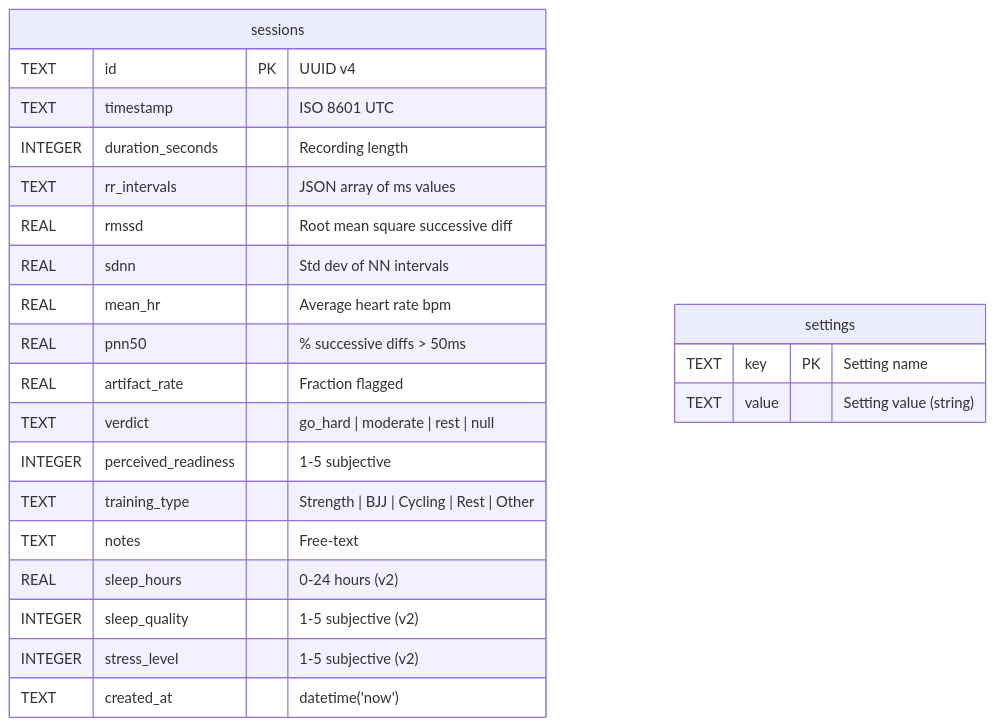
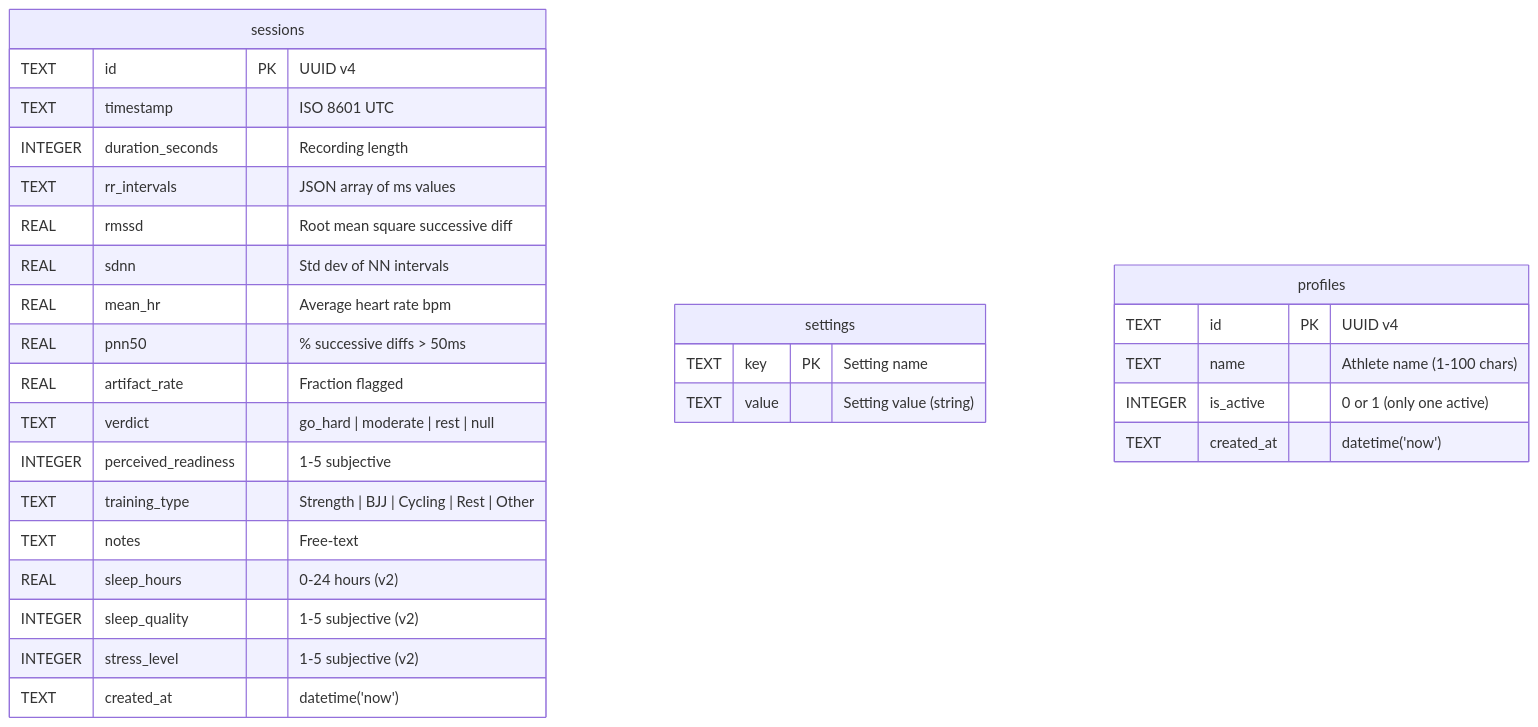
The fifth of 10 diagrams in docs/ARCHITECTURE.md (josedab/hrv-dashboard), drawn with Mermaid before and after one commit. The commit also changed other lines of this file and 56 other files, not shown here.

````diff
--- a/docs/ARCHITECTURE.md
+++ b/docs/ARCHITECTURE.md
@@ -191,27 +216,34 @@
 ```mermaid
 erDiagram
     sessions {
         TEXT id PK "UUID v4"
         TEXT timestamp "ISO 8601 UTC"
         INTEGER duration_seconds "Recording length"
         TEXT rr_intervals "JSON array of ms values"
         REAL rmssd "Root mean square successive diff"
         REAL sdnn "Std dev of NN intervals"
         REAL mean_hr "Average heart rate bpm"
         REAL pnn50 "% successive diffs > 50ms"
         REAL artifact_rate "Fraction flagged"
         TEXT verdict "go_hard | moderate | rest | null"
         INTEGER perceived_readiness "1-5 subjective"
         TEXT training_type "Strength | BJJ | Cycling | Rest | Other"
         TEXT notes "Free-text"
         REAL sleep_hours "0-24 hours (v2)"
         INTEGER sleep_quality "1-5 subjective (v2)"
         INTEGER stress_level "1-5 subjective (v2)"
         TEXT created_at "datetime('now')"
     }
 
     settings {
         TEXT key PK "Setting name"
         TEXT value "Setting value (string)"
     }
+
+    profiles {
+        TEXT id PK "UUID v4"
+        TEXT name "Athlete name (1-100 chars)"
+        INTEGER is_active "0 or 1 (only one active)"
+        TEXT created_at "datetime('now')"
+    }
 ```
````
